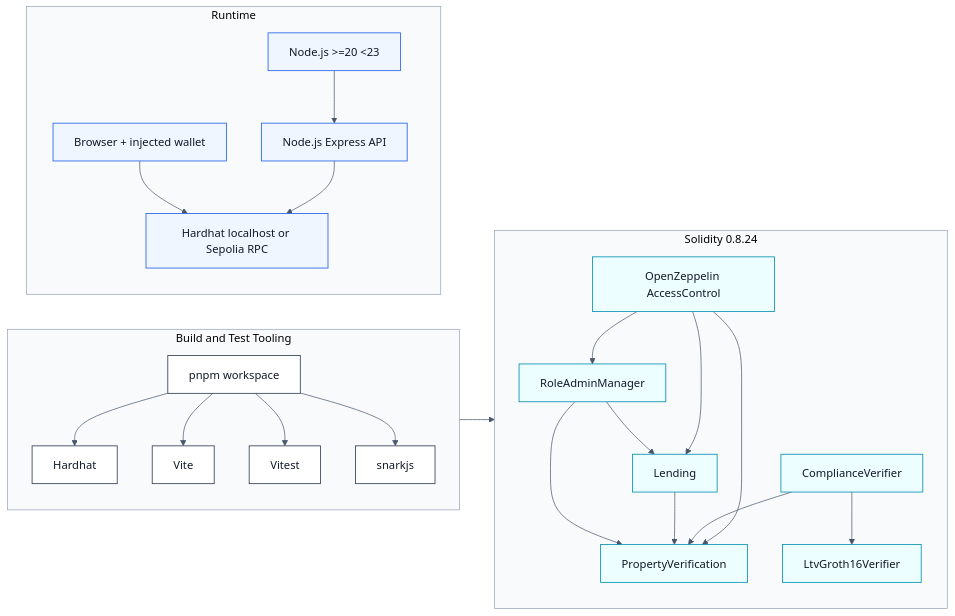
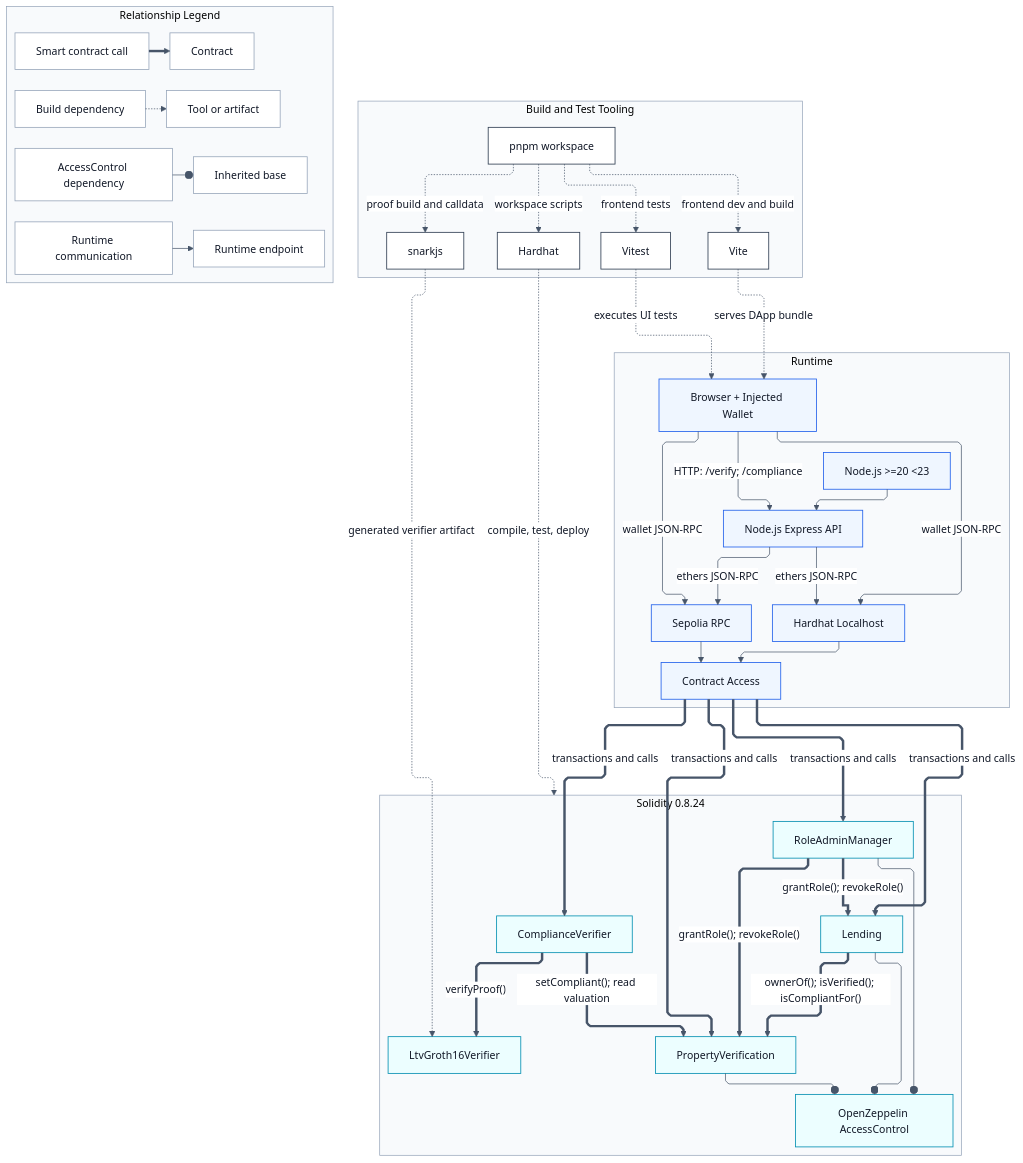
The diagram in docs/figures/03-technical-architecture.mmd (Alan42x/proofestate), drawn with Mermaid before and after one commit. The commit also changed 15 other files, not shown here.

```diff
--- a/docs/figures/03-technical-architecture.mmd
+++ b/docs/figures/03-technical-architecture.mmd
@@ -1,52 +1,80 @@
-%%{init: {"theme": "base", "themeVariables": {"fontFamily": "Arial", "fontSize": "16px", "primaryColor": "#f8fafc", "primaryTextColor": "#111827", "primaryBorderColor": "#64748b", "lineColor": "#475569", "clusterBkg": "#f8fafc", "clusterBorder": "#94a3b8", "edgeLabelBackground": "#ffffff"}}}%%
-flowchart LR
+%%{init: {"theme": "base", "flowchart": {"defaultRenderer": "elk", "curve": "linear", "nodeSpacing": 54, "rankSpacing": 78, "wrappingWidth": 165, "diagramPadding": 18}, "elk": {"mergeEdges": false, "nodePlacementStrategy": "NETWORK_SIMPLEX", "nodePlacementAlignment": "BALANCED"}, "themeVariables": {"fontFamily": "Arial", "fontSize": "15px", "primaryColor": "#ffffff", "primaryTextColor": "#111827", "primaryBorderColor": "#64748b", "lineColor": "#475569", "clusterBkg": "#f8fafc", "clusterBorder": "#94a3b8", "edgeLabelBackground": "#ffffff"}}}%%
+flowchart TB
   subgraph Tooling["Build and Test Tooling"]
-    direction TB
+    direction LR
     PNPM["pnpm workspace"]
     Hardhat["Hardhat"]
     Vite["Vite"]
     Vitest["Vitest"]
     Snarkjs["snarkjs"]
   end
 
   subgraph Runtime["Runtime"]
-    direction TB
-    Node["Node.js >=20 <23"]
-    Browser["Browser + injected wallet"]
-    Oracle["Node.js Express API"]
-    RPC["Hardhat localhost or Sepolia RPC"]
+    direction LR
+    NodeRuntime["Node.js >=20 <23"]
+    ExpressAPI["Node.js Express API"]
+    BrowserWallet["Browser + Injected Wallet"]
+    HardhatRPC["Hardhat Localhost"]
+    SepoliaRPC["Sepolia RPC"]
+    ContractAccess["Contract Access"]
   end
 
   subgraph Solidity["Solidity 0.8.24"]
-    direction TB
-    OZ["OpenZeppelin AccessControl"]
-    PV["PropertyVerification"]
-    CV["ComplianceVerifier"]
-    Verifier["LtvGroth16Verifier"]
+    direction LR
+    AccessControl["OpenZeppelin AccessControl"]
+    RoleAdminManager["RoleAdminManager"]
     Lending["Lending"]
-    Roles["RoleAdminManager"]
+    PropertyVerification["PropertyVerification"]
+    ComplianceVerifier["ComplianceVerifier"]
+    LtvGroth16Verifier["LtvGroth16Verifier"]
   end
 
-  PNPM --> Hardhat
-  PNPM --> Vite
-  PNPM --> Vitest
-  PNPM --> Snarkjs
-  Node --> Oracle
-  Browser --> RPC
-  Oracle --> RPC
-  Hardhat --> Solidity
-  OZ --> PV
-  OZ --> Lending
-  OZ --> Roles
-  CV --> Verifier
-  CV --> PV
-  Lending --> PV
-  Roles --> PV
-  Roles --> Lending
+  subgraph Legend["Relationship Legend"]
+    direction LR
+    BuildA["Build dependency"] -.-> BuildB["Tool or artifact"]
+    RuntimeA["Runtime communication"] --> RuntimeB["Runtime endpoint"]
+    CallA["Smart contract call"] ==> CallB["Contract"]
+    AccessA["AccessControl dependency"] --o AccessB["Inherited base"]
+  end
 
+  PNPM -.->|workspace scripts| Hardhat
+  PNPM -.->|frontend dev and build| Vite
+  PNPM -.->|frontend tests| Vitest
+  PNPM -.->|proof build and calldata| Snarkjs
+  Hardhat -.->|compile, test, deploy| Solidity
+  Snarkjs -.->|generated verifier artifact| LtvGroth16Verifier
+  Vite -.->|serves DApp bundle| BrowserWallet
+  Vitest -.->|executes UI tests| BrowserWallet
+
+  NodeRuntime --> ExpressAPI
+  BrowserWallet -->|"HTTP: /verify; /compliance"| ExpressAPI
+  BrowserWallet -->|wallet JSON-RPC| HardhatRPC
+  BrowserWallet -->|wallet JSON-RPC| SepoliaRPC
+  ExpressAPI -->|ethers JSON-RPC| HardhatRPC
+  ExpressAPI -->|ethers JSON-RPC| SepoliaRPC
+  HardhatRPC --> ContractAccess
+  SepoliaRPC --> ContractAccess
+
+  ContractAccess ==>|transactions and calls| RoleAdminManager
+  ContractAccess ==>|transactions and calls| Lending
+  ContractAccess ==>|transactions and calls| PropertyVerification
+  ContractAccess ==>|transactions and calls| ComplianceVerifier
+
+  ComplianceVerifier ==>|"verifyProof()"| LtvGroth16Verifier
+  ComplianceVerifier ==>|"setCompliant(); read valuation"| PropertyVerification
+  Lending ==>|"ownerOf(); isVerified(); isCompliantFor()"| PropertyVerification
+  RoleAdminManager ==>|"grantRole(); revokeRole()"| PropertyVerification
+  RoleAdminManager ==>|"grantRole(); revokeRole()"| Lending
+
+  RoleAdminManager --o AccessControl
+  Lending --o AccessControl
+  PropertyVerification --o AccessControl
+
+  classDef legend fill:#ffffff,stroke:#94a3b8,stroke-width:1.1px,color:#111827;
   classDef tool fill:#ffffff,stroke:#334155,stroke-width:1.2px,color:#111827;
   classDef runtime fill:#eff6ff,stroke:#2563eb,stroke-width:1.2px,color:#111827;
   classDef contract fill:#ecfeff,stroke:#0891b2,stroke-width:1.2px,color:#111827;
+  class BuildA,BuildB,RuntimeA,RuntimeB,CallA,CallB,AccessA,AccessB legend;
   class PNPM,Hardhat,Vite,Vitest,Snarkjs tool;
-  class Node,Browser,Oracle,RPC runtime;
-  class OZ,PV,CV,Verifier,Lending,Roles contract;
+  class NodeRuntime,ExpressAPI,BrowserWallet,HardhatRPC,SepoliaRPC,ContractAccess runtime;
+  class AccessControl,RoleAdminManager,Lending,PropertyVerification,ComplianceVerifier,LtvGroth16Verifier contract;
```
